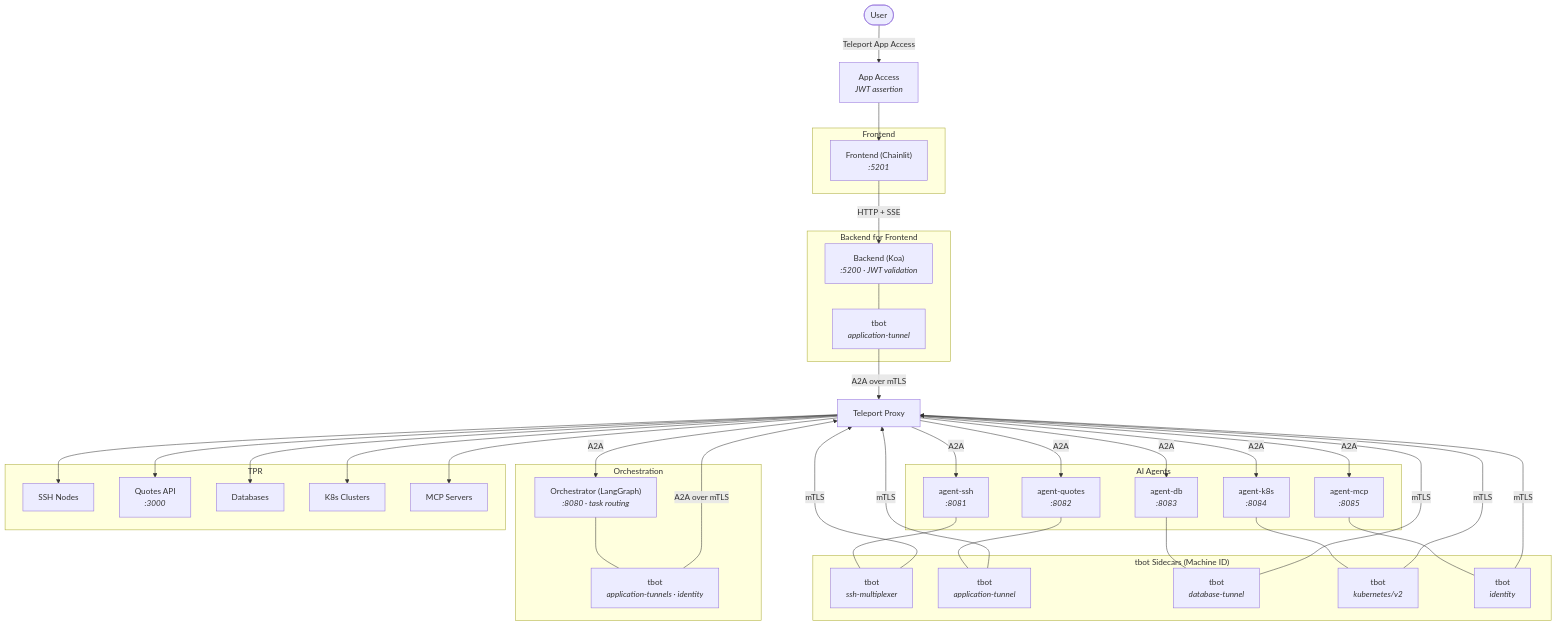
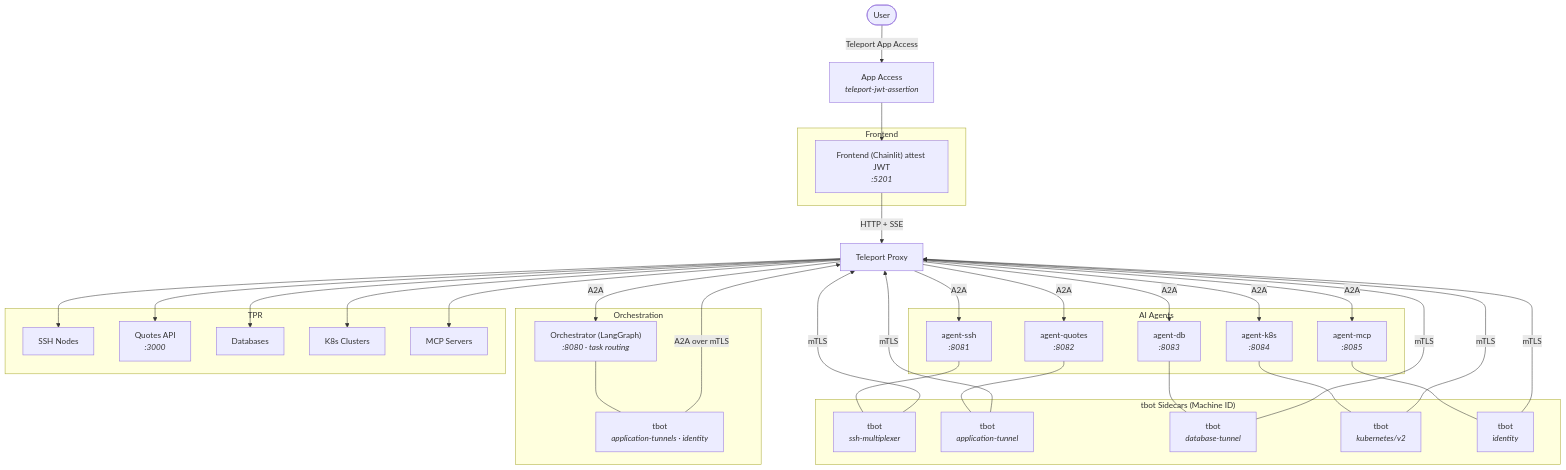
Before and after one commit to gravitational/rev-tech: the diagram in use-cases/ai/README.md, drawn with Mermaid.

Commit message:
update Arch

````diff
--- a/use-cases/ai/README.md
+++ b/use-cases/ai/README.md
@@ -5,77 +5,69 @@
 ```mermaid
 flowchart TB
     User([User])
-    AppAccess["App Access<br/><i>JWT assertion</i>"]
+    AppAccess["App Access<br/><i>teleport-jwt-assertion</i>"]
     Proxy["Teleport Proxy"]
 
     subgraph frontend["Frontend"]
-        Web["Frontend (Chainlit)<br/><i>:5201</i>"]
+        Web["Frontend (Chainlit) attest JWT<br/><i>:5201</i>"]
     end
-
-    subgraph bff["Backend for Frontend"]
-        Backend["Backend (Koa)<br/><i>:5200 · JWT validation</i>"]
-        TbotBackend["tbot<br/><i>application-tunnel</i>"]
-    end
-
 
     subgraph orchestration["Orchestration"]
         Orchestrator["Orchestrator (LangGraph)<br/><i>:8080 · task routing</i>"]
         TbotOrch["tbot<br/><i>application-tunnels · identity</i>"]
     end
 
     subgraph agents["AI Agents"]
         SSH["agent-ssh<br/><i>:8081</i>"]
         Quotes["agent-quotes<br/><i>:8082</i>"]
         DB["agent-db<br/><i>:8083</i>"]
         K8s["agent-k8s<br/><i>:8084</i>"]
         MCP["agent-mcp<br/><i>:8085</i>"]
     end
 
     subgraph sidecars["tbot Sidecars (Machine ID)"]
         TbotSSH["tbot<br/><i>ssh-multiplexer</i>"]
         TbotQuotes["tbot<br/><i>application-tunnel</i>"]
         TbotDB["tbot<br/><i>database-tunnel</i>"]
         TbotK8s["tbot<br/><i>kubernetes/v2</i>"]
         TbotMCP["tbot<br/><i>identity</i>"]
     end
 
     subgraph resources["TPR"]
         SSHNodes["SSH Nodes"]
         QuotesApp["Quotes API<br/><i>:3000</i>"]
         Database["Databases"]
         K8sCluster["K8s Clusters"]
         McpServers["MCP Servers"]
     end
 
     User -->|"Teleport App Access"| AppAccess
     AppAccess --> Web
-    Web -->|"HTTP + SSE"| Backend
-    Backend --- TbotBackend
-    TbotBackend -->|"A2A over mTLS"| Proxy
+    Web -->|"HTTP + SSE"| Proxy
     Proxy -->|"A2A"| Orchestrator
     Orchestrator --- TbotOrch
     TbotOrch -->|"A2A over mTLS"| Proxy
     Proxy -->|"A2A"| SSH
     Proxy -->|"A2A"| Quotes
     Proxy -->|"A2A"| DB
     Proxy -->|"A2A"| K8s
     Proxy -->|"A2A"| MCP
 
     SSH --- TbotSSH
     Quotes --- TbotQuotes
     DB --- TbotDB
     K8s --- TbotK8s
     MCP --- TbotMCP
 
     TbotSSH -->|"mTLS"| Proxy
     TbotQuotes -->|"mTLS"| Proxy
     TbotDB -->|"mTLS"| Proxy
     TbotK8s -->|"mTLS"| Proxy
     TbotMCP -->|"mTLS"| Proxy
 
     Proxy --> SSHNodes
     Proxy --> QuotesApp
     Proxy --> Database
     Proxy --> K8sCluster
     Proxy --> McpServers
 ```
````
